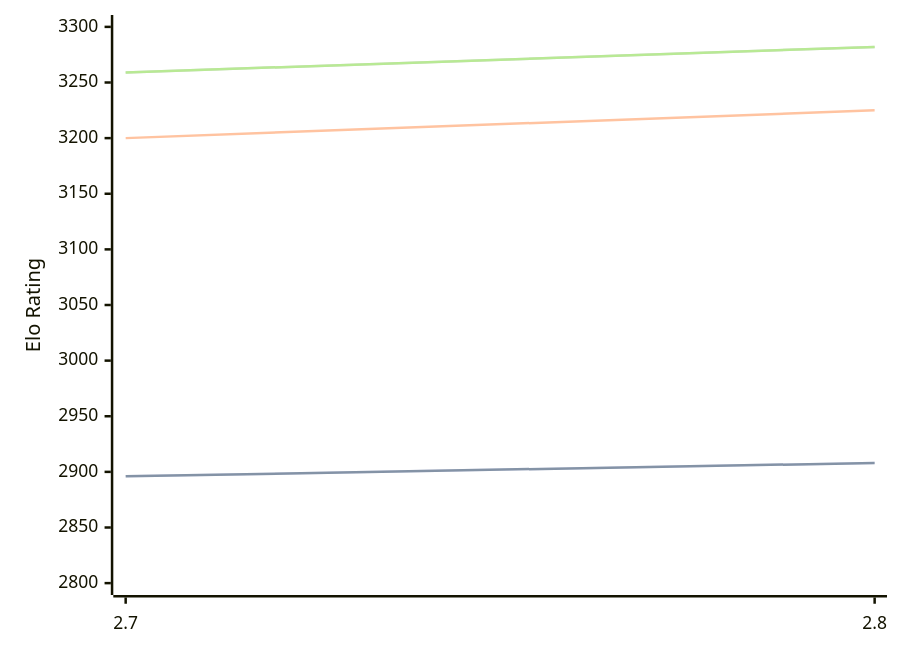
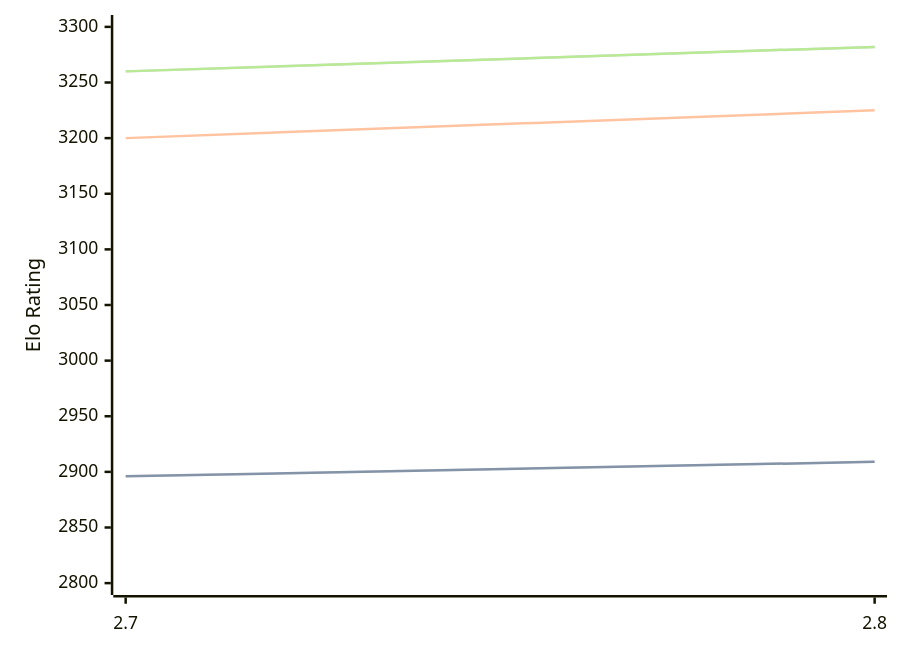
The diagram in engines/Arcanum.md (computer-chess-index/cci), drawn with Mermaid before and after one commit. The commit also changed other lines of this file, not shown here.

Commit message:
Update CCI Ratings (ELO VLTC) - 2026-08-25

````diff
--- a/engines/Arcanum.md
+++ b/engines/Arcanum.md
@@ -32,11 +32,11 @@
 ```mermaid
 %%{init: {"theme":"base","themeVariables":{"seriesColors:['#a3a3a3','#222221','#faa371']}}}%%
 xychart-beta
   x-axis ["2.7", "2.8"]
   y-axis "Elo Rating" 2800 --> 3300
-  line "STC (8.0+0.08s)" [2896, 2908]
-  line "STC (8.0+0.08s)" [2896, 2908]
+  line "STC (8.0+0.08s)" [2896, 2909]
+  line "STC (8.0+0.08s)" [2896, 2909]
   line "LTC (60.0+0.60s)" [3200, 3225]
-  line "VLTC (2m24s+1.12s)" [3259, 3282]
-  line "VLTC (2m24s+1.12s)" [3259, 3282]
+  line "VLTC (2m24s+1.12s)" [3260, 3282]
+  line "VLTC (2m24s+1.12s)" [3260, 3282]
 ```
````
